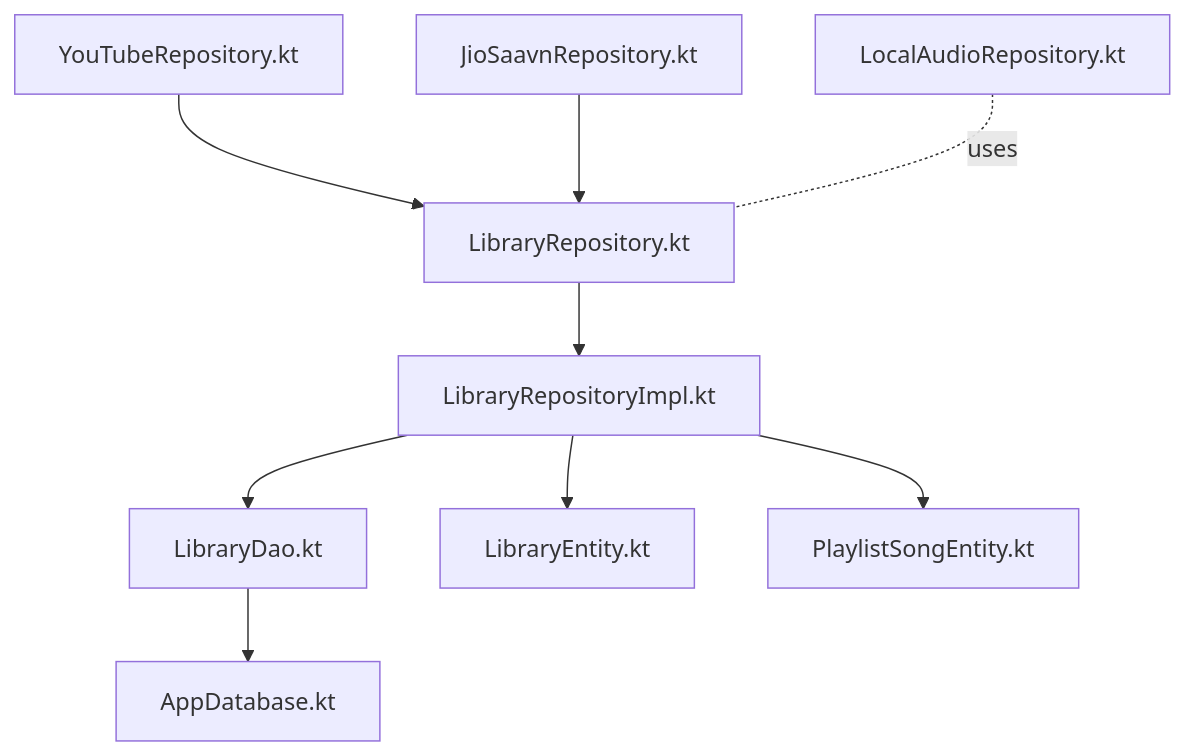
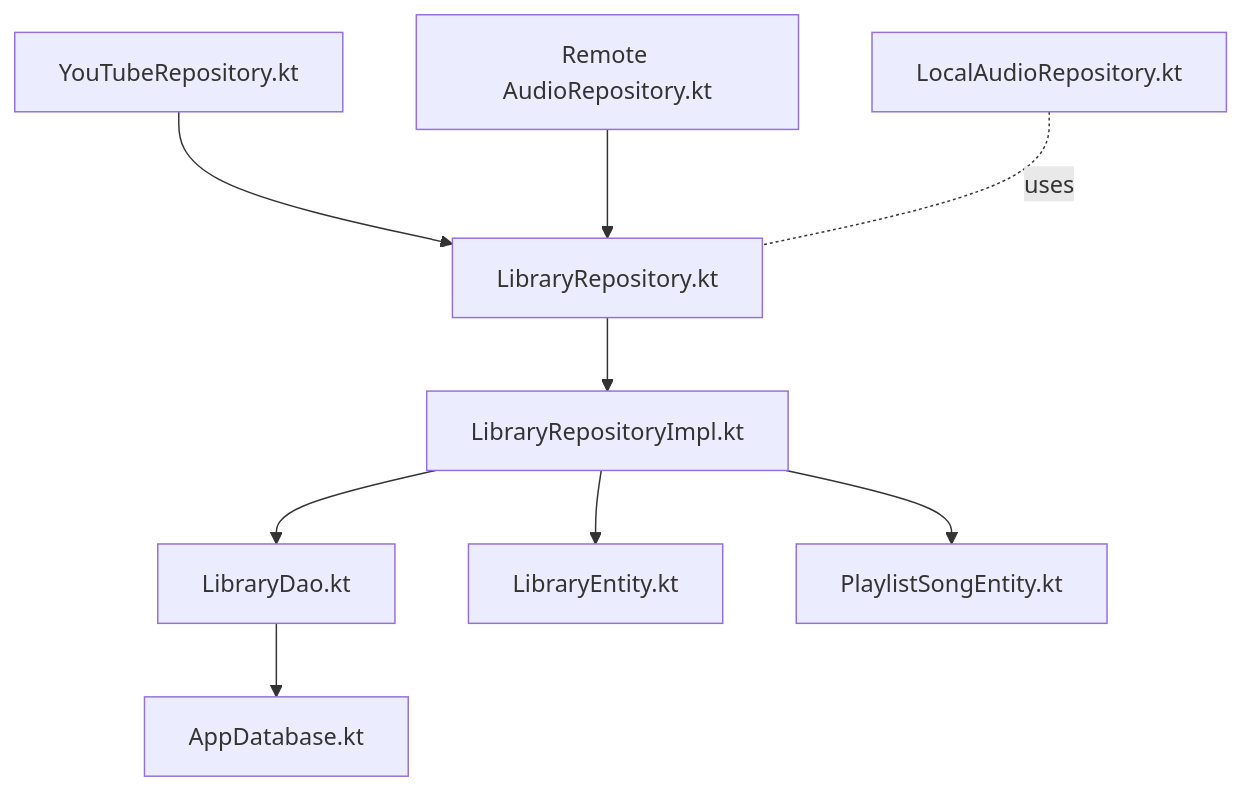
Before and after one commit to suvojeet-sengupta/SuvMusic: the seventh of 7 diagrams in docs/Data Management/Repository Pattern Implementation.md, drawn with Mermaid. The commit also changed other lines of this file and 32 other files, not shown here.

````diff
--- a/docs/Data Management/Repository Pattern Implementation.md
+++ b/docs/Data Management/Repository Pattern Implementation.md
@@ -387,11 +387,11 @@
 ```mermaid
 graph TB
 RepoIF["LibraryRepository.kt"] --> Impl["LibraryRepositoryImpl.kt"]
 Impl --> Dao["LibraryDao.kt"]
 Dao --> DB["AppDatabase.kt"]
 Impl --> Ent1["LibraryEntity.kt"]
 Impl --> Ent2["PlaylistSongEntity.kt"]
 NetYT["YouTubeRepository.kt"] --> RepoIF
-NetJS["JioSaavnRepository.kt"] --> RepoIF
+NetJS["Remote AudioRepository.kt"] --> RepoIF
 Local["LocalAudioRepository.kt"] -. "uses" .- RepoIF
 ```
````
